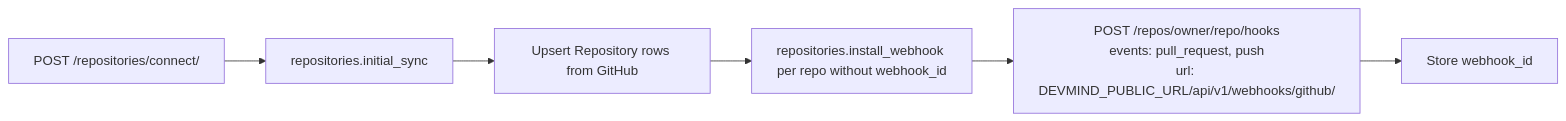
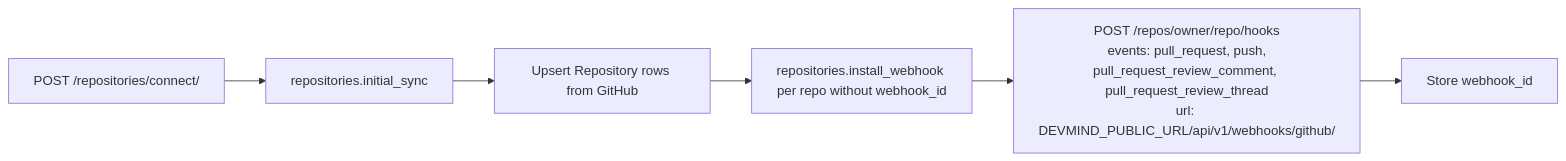
The sixth of 9 diagrams in docs/SYSTEM_ARCHITECTURE.md (muhammedsiinanmp/Devmind), drawn with Mermaid before and after one commit. The commit also changed other lines of this file and 3 other files, not shown here.

````diff
--- a/docs/SYSTEM_ARCHITECTURE.md
+++ b/docs/SYSTEM_ARCHITECTURE.md
@@ -420,8 +423,8 @@
 ```mermaid
 flowchart LR
     A[POST /repositories/connect/] --> B[repositories.initial_sync]
     B --> C[Upsert Repository rows from GitHub]
     C --> D[repositories.install_webhook per repo without webhook_id]
-    D --> E[POST /repos/owner/repo/hooks<br/>events: pull_request, push<br/>url: DEVMIND_PUBLIC_URL/api/v1/webhooks/github/]
+    D --> E[POST /repos/owner/repo/hooks<br/>events: pull_request, push,<br/>pull_request_review_comment, pull_request_review_thread<br/>url: DEVMIND_PUBLIC_URL/api/v1/webhooks/github/]
     E --> F[Store webhook_id]
 ```
````
